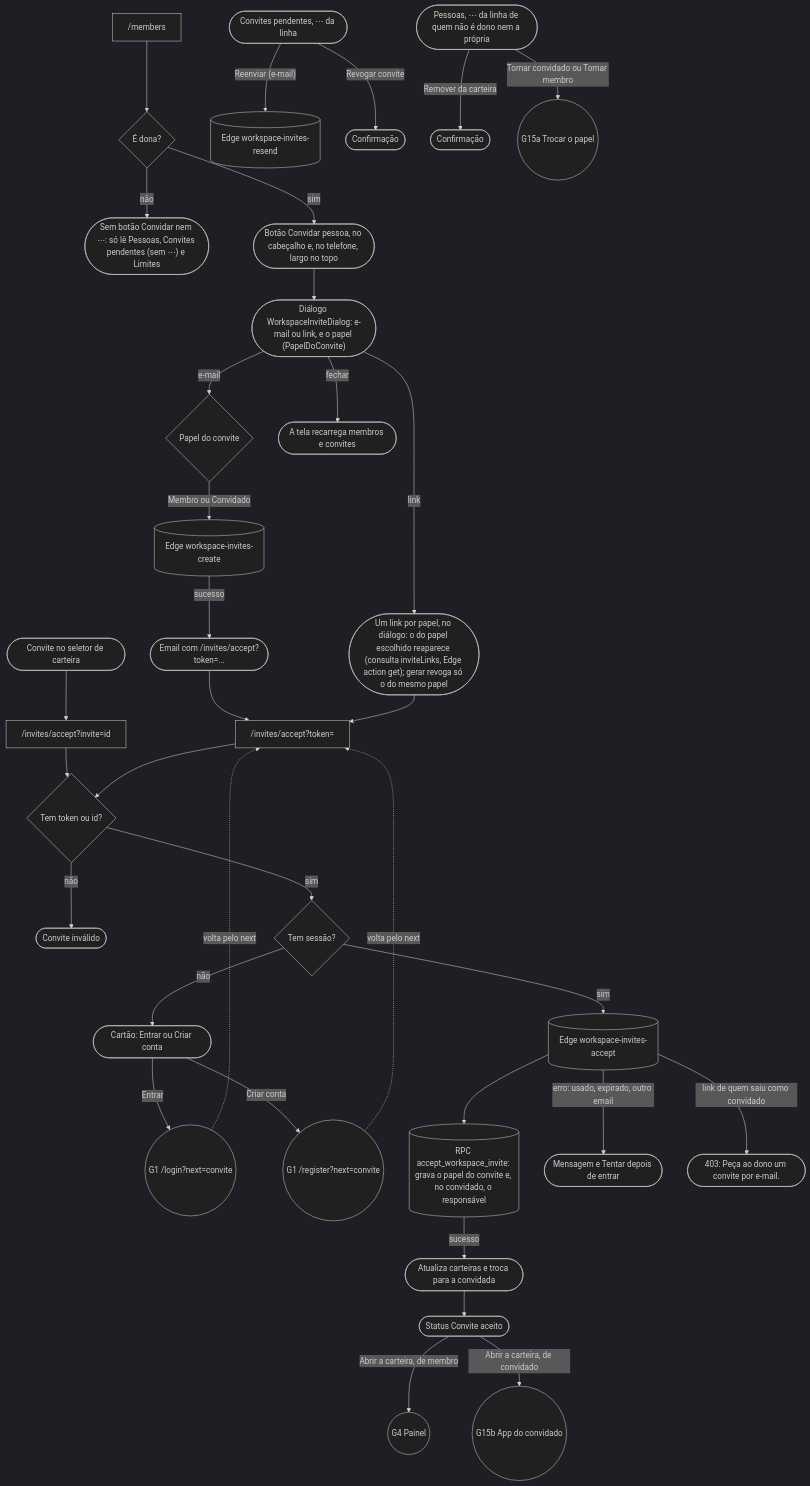
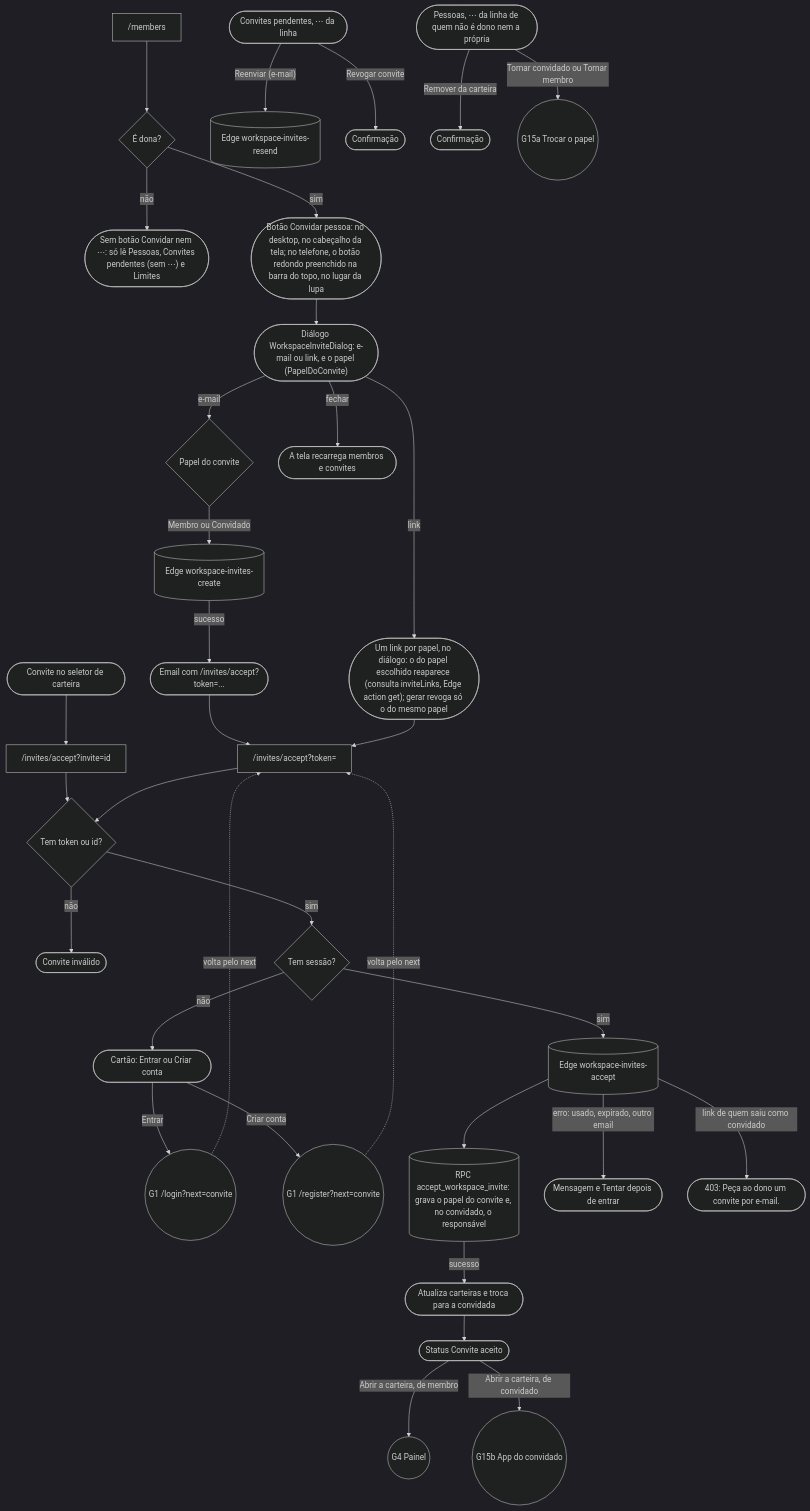
The fifth of 32 diagrams in docs/JORNADAS.md (kauax2000/finance_app), drawn with Mermaid before and after one commit. The commit also changed other lines of this file and 9 other files, not shown here.

Commit message:
feat(membros): no telefone, convidar na barra e a carteira no topo

````diff
--- a/docs/JORNADAS.md
+++ b/docs/JORNADAS.md
@@ -350,38 +350,38 @@
 ```mermaid
 %%{init: {"theme": "dark"}}%%
 flowchart TD
     members["/members"] --> isOwner{"É dona?"}
     isOwner -->|"não"| readonly(["Sem botão Convidar nem ⋯: só lê Pessoas, Convites pendentes (sem ⋯) e Limites"])
-    isOwner -->|"sim"| actions(["Botão Convidar pessoa, no cabeçalho e, no telefone, largo no topo"])
+    isOwner -->|"sim"| actions(["Botão Convidar pessoa: no desktop, no cabeçalho da tela; no telefone, o botão redondo preenchido na barra do topo, no lugar da lupa"])
     actions --> dlg(["Diálogo WorkspaceInviteDialog: e-mail ou link, e o papel (PapelDoConvite)"])
     dlg -->|"e-mail"| papel{"Papel do convite"}
     papel -->|"Membro ou Convidado"| create[("Edge workspace-invites-create")]
     create -->|"sucesso"| mail(["Email com /invites/accept?token=..."])
     dlg -->|"link"| link(["Um link por papel, no diálogo: o do papel escolhido reaparece (consulta inviteLinks, Edge action get); gerar revoga só o do mesmo papel"])
     dlg -->|"fechar"| recarrega(["A tela recarrega membros e convites"])
     pend(["Convites pendentes, ⋯ da linha"]) -->|"Reenviar (e-mail)"| resend[("Edge workspace-invites-resend")]
     pend -->|"Revogar convite"| revoke(["Confirmação"])
     pessoas(["Pessoas, ⋯ da linha de quem não é dono nem a própria"]) -->|"Remover da carteira"| remove(["Confirmação"])
     pessoas -->|"Tornar convidado ou Tornar membro"| G15a(("G15a Trocar o papel"))
 
     mail --> acceptPage["/invites/accept?token="]
     link --> acceptPage
     picker(["Convite no seletor de carteira"]) --> acceptById["/invites/accept?invite=id"]
     acceptById --> hasToken
     acceptPage --> hasToken{"Tem token ou id?"}
     hasToken -->|"não"| invalid(["Convite inválido"])
     hasToken -->|"sim"| logged{"Tem sessão?"}
     logged -->|"não"| gate(["Cartão: Entrar ou Criar conta"])
     gate -->|"Entrar"| login(("G1 /login?next=convite"))
     gate -->|"Criar conta"| register(("G1 /register?next=convite"))
     login -.->|"volta pelo next"| acceptPage
     register -.->|"volta pelo next"| acceptPage
     logged -->|"sim"| acceptFn[("Edge workspace-invites-accept")]
     acceptFn --> grava[("RPC accept_workspace_invite: grava o papel do convite e, no convidado, o responsável")]
     acceptFn -->|"erro: usado, expirado, outro email"| fail(["Mensagem e Tentar depois de entrar"])
     acceptFn -->|"link de quem saiu como convidado"| exConv(["403: Peça ao dono um convite por e-mail."])
     grava -->|"sucesso"| switched(["Atualiza carteiras e troca para a convidada"])
     switched --> accepted(["Status Convite aceito"])
     accepted -->|"Abrir a carteira, de membro"| dash(("G4 Painel"))
     accepted -->|"Abrir a carteira, de convidado"| guest(("G15b App do convidado"))
 ```
````
